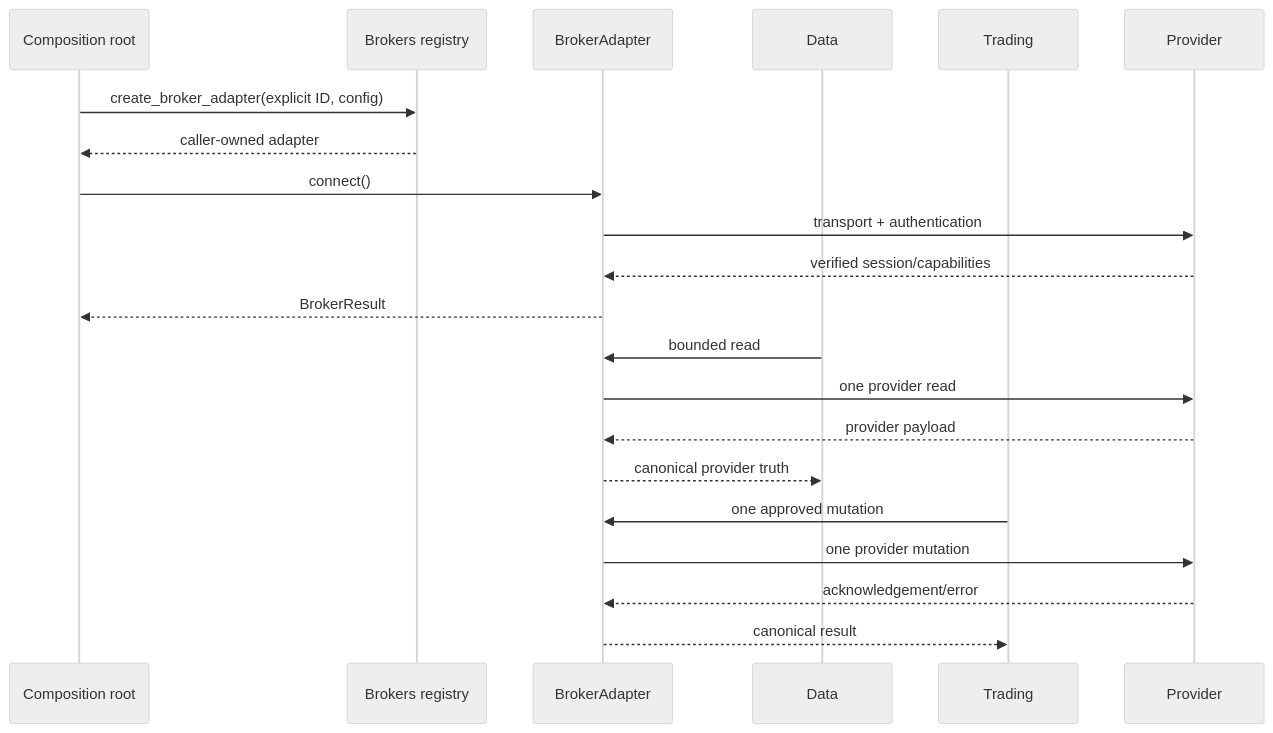
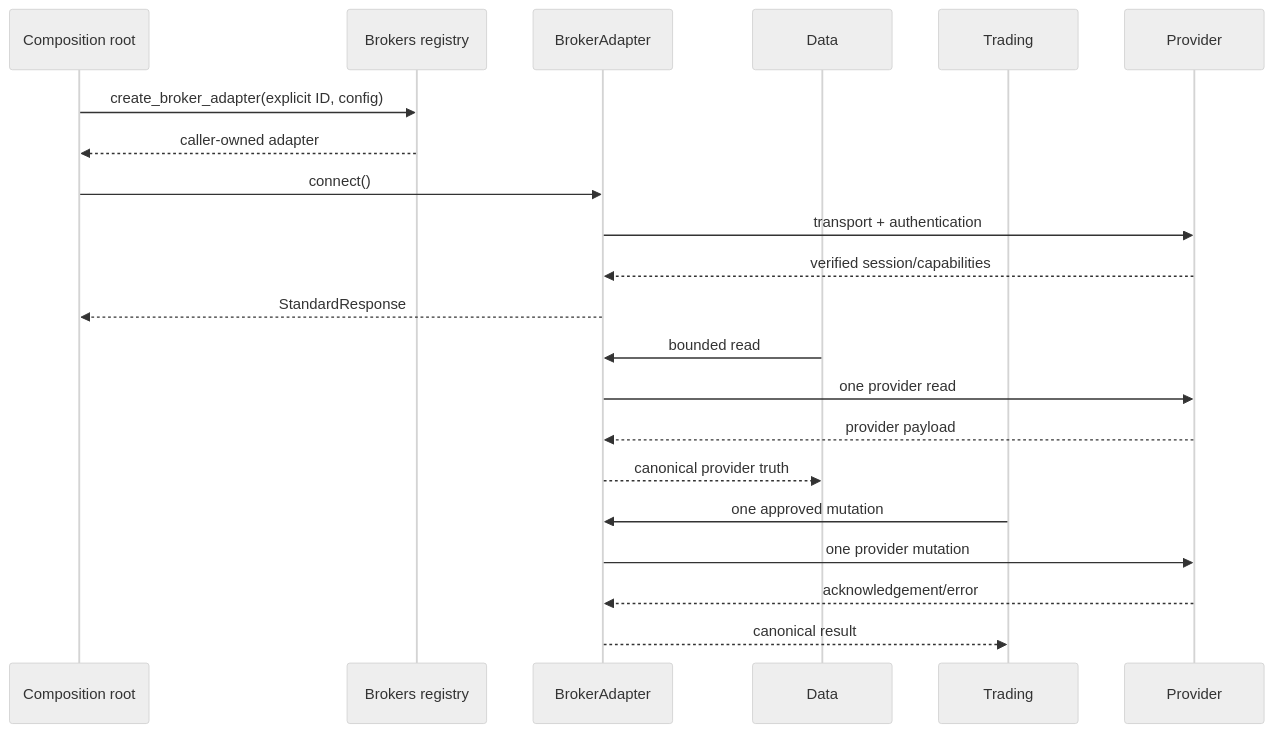
One commit to haruperi/HaruQuantAI changed the third of 3 diagrams in app/services/brokers/README.md. Above: the diagram before and after it, drawn with Mermaid (neutral theme). The commit also changed other lines of this file and 149 other files, not shown here.

Commit message:
refractor (utils, brokers) : Migrated functions to standard response

````diff
--- a/app/services/brokers/README.md
+++ b/app/services/brokers/README.md
@@ -606,24 +614,24 @@
 ```mermaid
 sequenceDiagram
     participant C as Composition root
     participant R as Brokers registry
     participant A as BrokerAdapter
     participant D as Data
     participant T as Trading
     participant P as Provider
 
     C->>R: create_broker_adapter(explicit ID, config)
     R-->>C: caller-owned adapter
     C->>A: connect()
     A->>P: transport + authentication
     P-->>A: verified session/capabilities
-    A-->>C: BrokerResult
+    A-->>C: StandardResponse
     D->>A: bounded read
     A->>P: one provider read
     P-->>A: provider payload
     A-->>D: canonical provider truth
     T->>A: one approved mutation
     A->>P: one provider mutation
     P-->>A: acknowledgement/error
     A-->>T: canonical result
 ```
````
